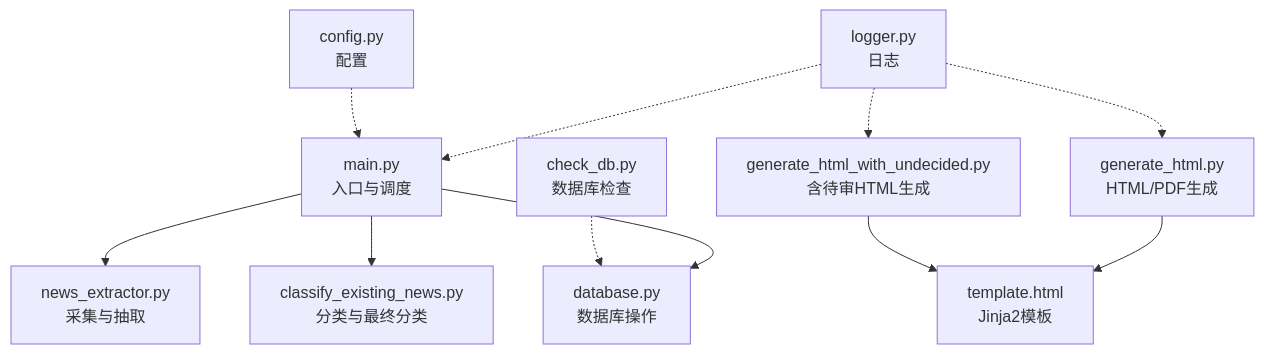
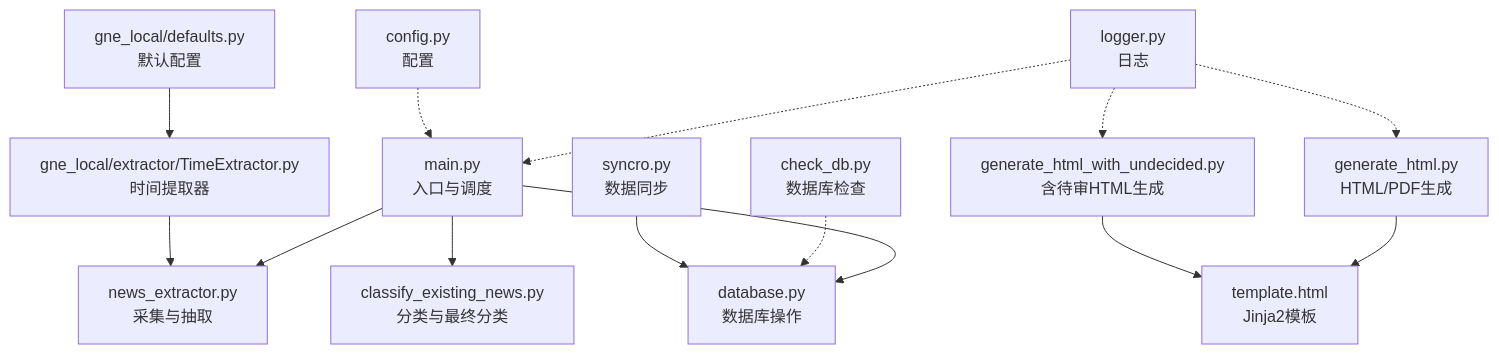
Before and after one commit to dengwanqian/news-exacter: the first of 8 diagrams in .qoder/repowiki/zh/content/报告生成系统/报告生成系统.md, drawn with Mermaid. The commit also changed other lines of this file and 8 other files, not shown here.

````diff
--- a/.qoder/repowiki/zh/content/报告生成系统/报告生成系统.md
+++ b/.qoder/repowiki/zh/content/报告生成系统/报告生成系统.md
@@ -50,13 +62,16 @@
 ```mermaid
 graph TB
 A["main.py<br/>入口与调度"] --> B["news_extractor.py<br/>采集与抽取"]
 A --> C["database.py<br/>数据库操作"]
 A --> D["classify_existing_news.py<br/>分类与最终分类"]
 E["generate_html.py<br/>HTML/PDF生成"] --> F["template.html<br/>Jinja2模板"]
 G["generate_html_with_undecided.py<br/>含待审HTML生成"] --> F
 H["logger.py<br/>日志"] -.-> A
 H -.-> E
 H -.-> G
 I["config.py<br/>配置"] -.-> A
 J["check_db.py<br/>数据库检查"] -.-> C
+K["gne_local/extractor/TimeExtractor.py<br/>时间提取器"] --> B
+L["gne_local/defaults.py<br/>默认配置"] --> K
+M["syncro.py<br/>数据同步"] --> C
 ```
````
